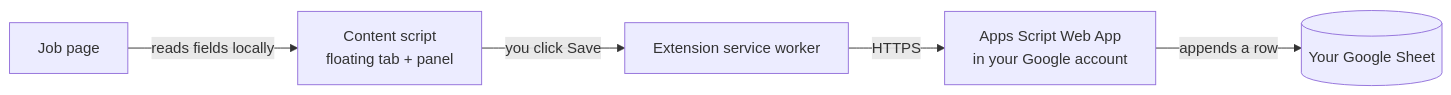
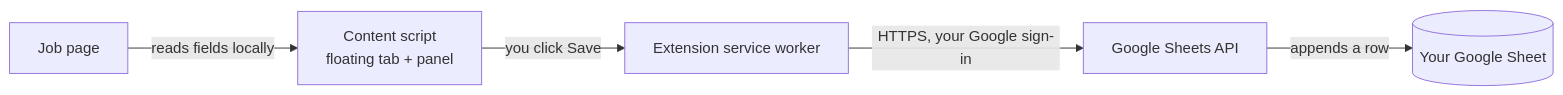
Before and after one commit to piyushd12/job-application-tracker: the diagram in README.md, drawn with Mermaid. The commit also changed other lines of this file and 3 other files, not shown here.

Commit message:
docs: rewrite readme and architecture for direct sheets access

````diff
--- a/README.md
+++ b/README.md
@@ -34,7 +35,7 @@
 ```mermaid
 flowchart LR
     A[Job page] -->|reads fields locally| B[Content script<br/>floating tab + panel]
     B -->|you click Save| C[Extension service worker]
-    C -->|HTTPS| D[Apps Script Web App<br/>in your Google account]
+    C -->|HTTPS, your Google sign-in| D[Google Sheets API]
     D -->|appends a row| E[(Your Google Sheet)]
 ```
````
